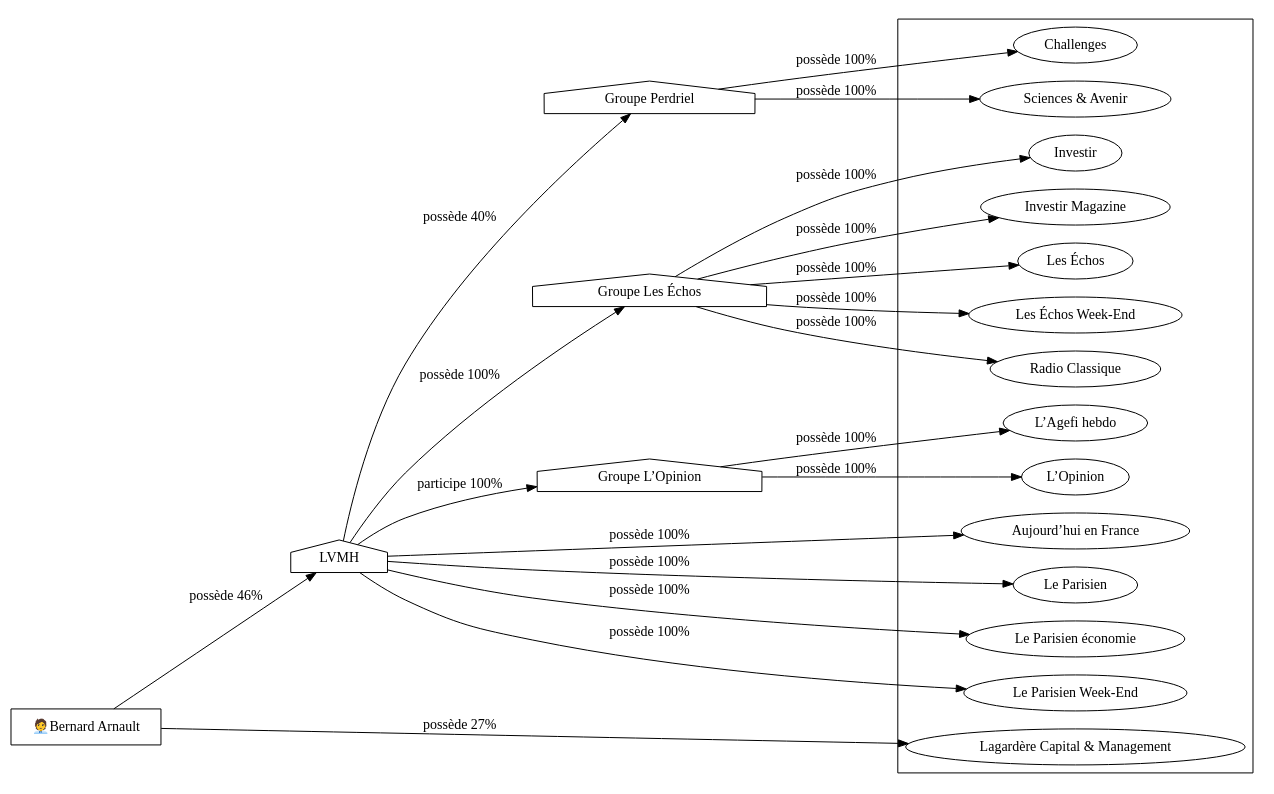
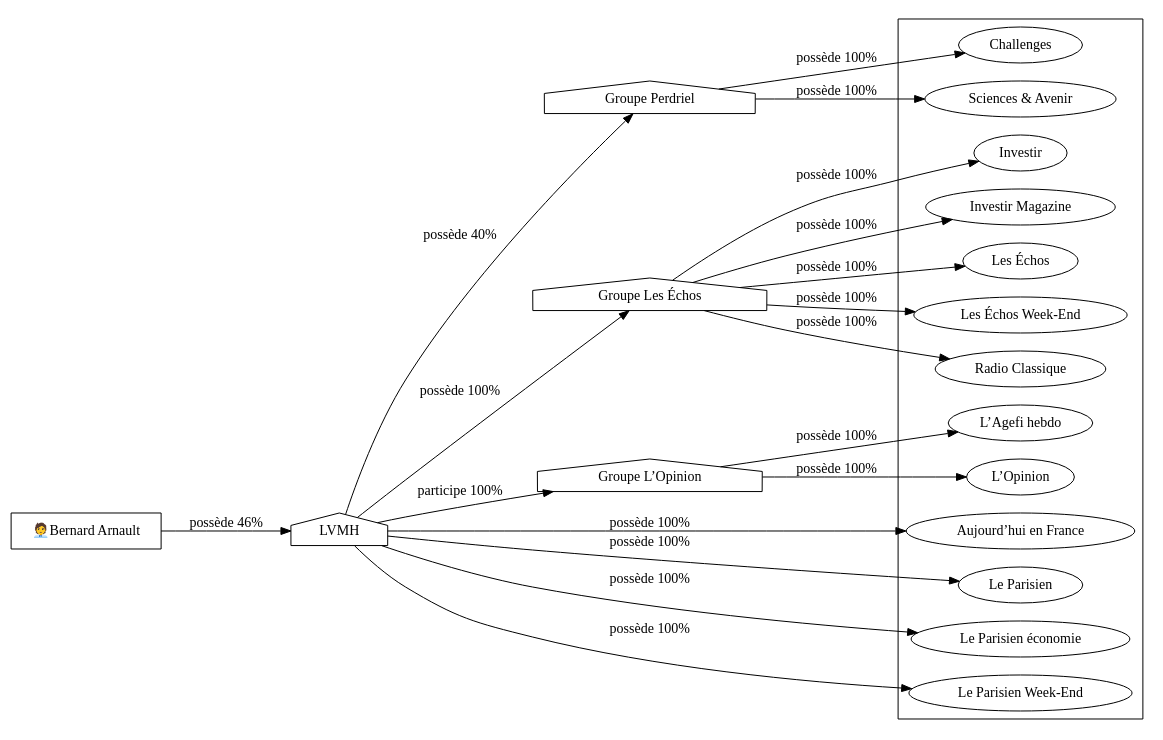
One commit to adipasquale/medias-wiki changed the diagram in 11ty_input/assets/bernard-arnault-42-relations-graph.dot. Above: the diagram before and after it, drawn with Graphviz. The commit also changed 183 other files, not shown here.

```diff
--- a/11ty_input/assets/bernard-arnault-42-relations-graph.dot
+++ b/11ty_input/assets/bernard-arnault-42-relations-graph.dot
@@ -1,124 +1,118 @@
 digraph {
   rankdir=LR;
   subgraph roots {
     
       "bernard-arnault-42"[label="🧑‍💼Bernard Arnault" shape=box]
     
   }
 
   
     "lvmh-43"[label="LVMH" shape=house]
   
     "groupe-perdriel-3"[label="Groupe Perdriel" shape=house]
   
     "groupe-les-echos-48"[label="Groupe Les Échos" shape=house]
   
     "groupe-l-opinion-325"[label="Groupe L’Opinion" shape=house]
   
 
   subgraph clusterLeaves {
     
       "challenges-6"[label="Challenges"]
     
       "sciences-and-avenir-7"[label="Sciences &amp; Avenir"]
     
       "aujourd-hui-en-france-47"[label="Aujourd’hui en France"]
     
       "investir-50"[label="Investir"]
     
       "investir-magazine-51"[label="Investir Magazine"]
     
       "les-echos-49"[label="Les Échos"]
     
       "les-echos-week-end-52"[label="Les Échos Week-End"]
     
       "radio-classique-53"[label="Radio Classique"]
     
       "l-agefi-hebdo-101"[label="L’Agefi hebdo"]
     
       "l-opinion-8"[label="L’Opinion"]
     
       "le-parisien-44"[label="Le Parisien"]
     
       "le-parisien-economie-46"[label="Le Parisien économie"]
     
       "le-parisien-week-end-45"[label="Le Parisien Week-End"]
-    
-      "lagardere-capital-and-management-331"[label="Lagardère Capital &amp; Management"]
     
   }
 
   
     "bernard-arnault-42" -> "lvmh-43" [
       label="possède 46%"
     ]
   
     "lvmh-43" -> "groupe-perdriel-3" [
       label="possède 40%"
     ]
   
     "groupe-perdriel-3" -> "challenges-6" [
       label="possède 100%"
     ]
   
     "groupe-perdriel-3" -> "sciences-and-avenir-7" [
       label="possède 100%"
     ]
   
     "lvmh-43" -> "aujourd-hui-en-france-47" [
       label="possède 100%"
     ]
   
     "lvmh-43" -> "groupe-les-echos-48" [
       label="possède 100%"
     ]
   
     "groupe-les-echos-48" -> "investir-50" [
       label="possède 100%"
     ]
   
     "groupe-les-echos-48" -> "investir-magazine-51" [
       label="possède 100%"
     ]
   
     "groupe-les-echos-48" -> "les-echos-49" [
       label="possède 100%"
     ]
   
     "groupe-les-echos-48" -> "les-echos-week-end-52" [
       label="possède 100%"
     ]
   
     "groupe-les-echos-48" -> "radio-classique-53" [
       label="possède 100%"
     ]
   
     "lvmh-43" -> "groupe-l-opinion-325" [
       label="participe 100%"
     ]
   
     "groupe-l-opinion-325" -> "l-agefi-hebdo-101" [
       label="possède 100%"
     ]
   
     "groupe-l-opinion-325" -> "l-opinion-8" [
       label="possède 100%"
     ]
   
     "lvmh-43" -> "le-parisien-44" [
       label="possède 100%"
     ]
   
     "lvmh-43" -> "le-parisien-economie-46" [
       label="possède 100%"
     ]
   
     "lvmh-43" -> "le-parisien-week-end-45" [
       label="possède 100%"
     ]
   
-    "bernard-arnault-42" -> "lagardere-capital-and-management-331" [
-      label="possède 27%"
-    ]
-  
 }
```
